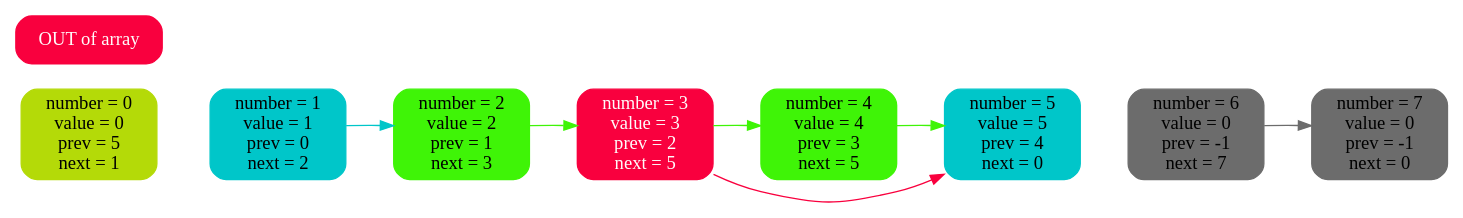
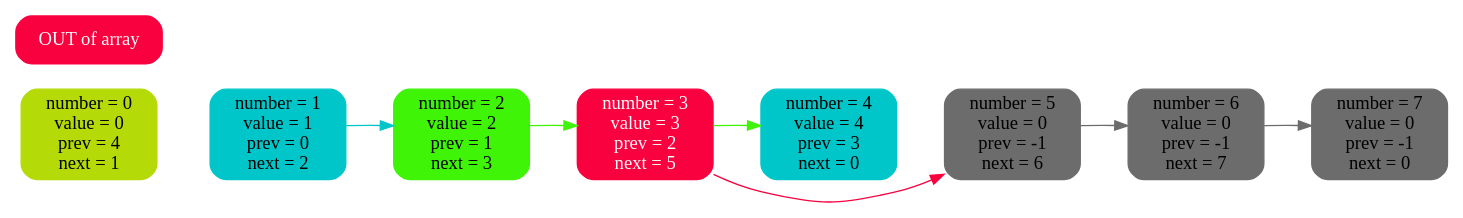
Before and after one commit to 2210223t-lang/2-linked-list: the diagram in list_log/img/6.dot, drawn with Graphviz. The commit also changed 3 other files, not shown here.

```diff
--- a/list_log/img/6.dot
+++ b/list_log/img/6.dot
@@ -1,25 +1,25 @@
 digraph {
 rankdir = LR
-n0 [ label = "number = 0\nvalue = 0\nprev = 5\nnext = 1", shape = Mrecord, fontsize = 14,style = filled, color = "#b4da08" ]
+n0 [ label = "number = 0\nvalue = 0\nprev = 4\nnext = 1", shape = Mrecord, fontsize = 14,style = filled, color = "#b4da08" ]
 n1 [ label = "number = 1\nvalue = 1\nprev = 0\nnext = 2", shape = Mrecord, fontsize = 14,style = filled, color = "#00c6c9" ]
 n2 [ label = "number = 2\nvalue = 2\nprev = 1\nnext = 3", shape = Mrecord, fontsize = 14,style = filled, color = "#3ff407" ]
 n3 [ label = "number = 3\nvalue = 3\nprev = 2\nnext = 5", shape = Mrecord, fontsize = 14,style = filled, color = "#f9003e", fontcolor = "#fffbfb" ]
-n4 [ label = "number = 4\nvalue = 4\nprev = 3\nnext = 5", shape = Mrecord, fontsize = 14,style = filled, color = "#3ff407" ]
-n5 [ label = "number = 5\nvalue = 5\nprev = 4\nnext = 0", shape = Mrecord, fontsize = 14,style = filled, color = "#00c6c9" ]
+n4 [ label = "number = 4\nvalue = 4\nprev = 3\nnext = 0", shape = Mrecord, fontsize = 14,style = filled, color = "#00c6c9" ]
+n5 [ label = "number = 5\nvalue = 0\nprev = -1\nnext = 6", shape = Mrecord, fontsize = 14,style = filled, color = "#6c6c6c" ]
 n6 [ label = "number = 6\nvalue = 0\nprev = -1\nnext = 7", shape = Mrecord, fontsize = 14,style = filled, color = "#6c6c6c" ]
 n7 [ label = "number = 7\nvalue = 0\nprev = -1\nnext = 0", shape = Mrecord, fontsize = 14,style = filled, color = "#6c6c6c" ]
 out [ label = "OUT of array", shape = Mrecord, fontsize = 14, style = filled, color = "#f9003e", fontcolor = "#fffbfb" ]
  n0 -> n1 [ style = invis, weight = 10000 ]
 n1 -> n2 [ style = invis, weight = 10000 ]
 n2 -> n3 [ style = invis, weight = 10000 ]
 n3 -> n4 [ style = invis, weight = 10000 ]
 n4 -> n5 [ style = invis, weight = 10000 ]
 n5 -> n6 [ style = invis, weight = 10000 ]
 n6 -> n7 [ style = invis, weight = 10000 ]
 n1 -> n2 [ style = filled, color = "#00c6c9" ]
 n2 -> n3 [ style = filled, color = "#3ff407" ]
 n3 -> n5 [ color = "#f9003e" ]
 n3 -> n4 [ color = "#3ff407" ]
-n4 -> n5 [ style = filled, color = "#3ff407" ]
+n5 -> n6 [ style = filled, color = "#6c6c6c" ]
 n6 -> n7 [ style = filled, color = "#6c6c6c" ]
 }
```
